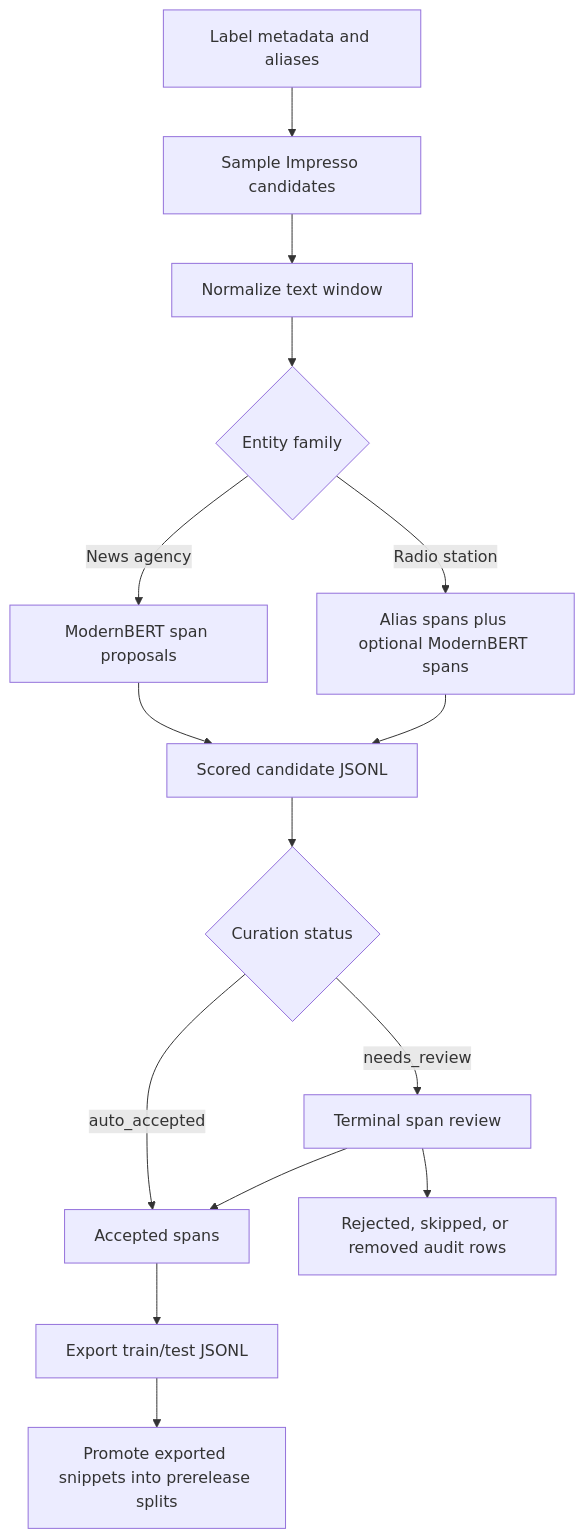
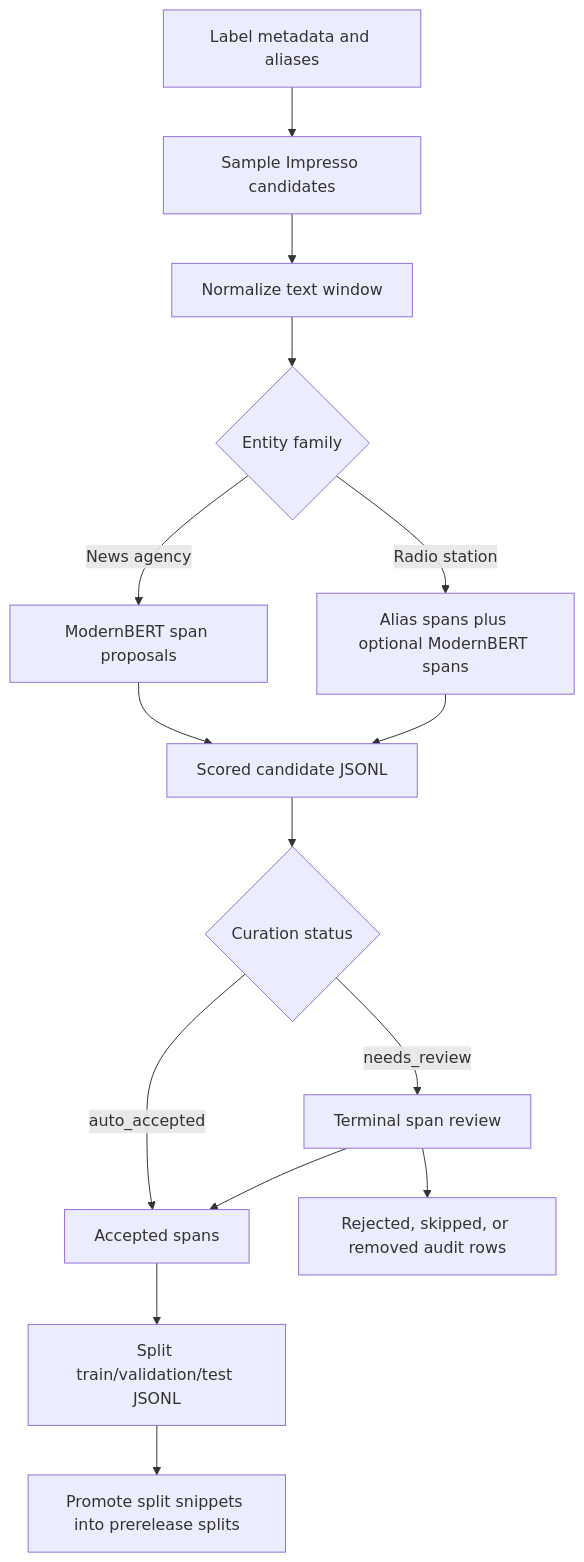
Before and after one commit to impresso/impresso-mediasources-ner-workbench: the eighth of 11 diagrams in docs/workflows.md, drawn with Mermaid. The commit also changed other lines of this file and 4 other files, not shown here.

````diff
--- a/docs/workflows.md
+++ b/docs/workflows.md
@@ -160,17 +160,17 @@
 ```mermaid
 flowchart TD
   A[Label metadata and aliases] --> B[Sample Impresso candidates]
   B --> C[Normalize text window]
   C --> D{Entity family}
   D -->|News agency| E[ModernBERT span proposals]
   D -->|Radio station| F[Alias spans plus optional ModernBERT spans]
   E --> G[Scored candidate JSONL]
   F --> G
   G --> H{Curation status}
   H -->|auto_accepted| I[Accepted spans]
   H -->|needs_review| J[Terminal span review]
   J --> I
   J --> K[Rejected, skipped, or removed audit rows]
-  I --> L[Export train/test JSONL]
-  L --> M[Promote exported snippets into prerelease splits]
+  I --> L[Split train/validation/test JSONL]
+  L --> M[Promote split snippets into prerelease splits]
 ```
````
